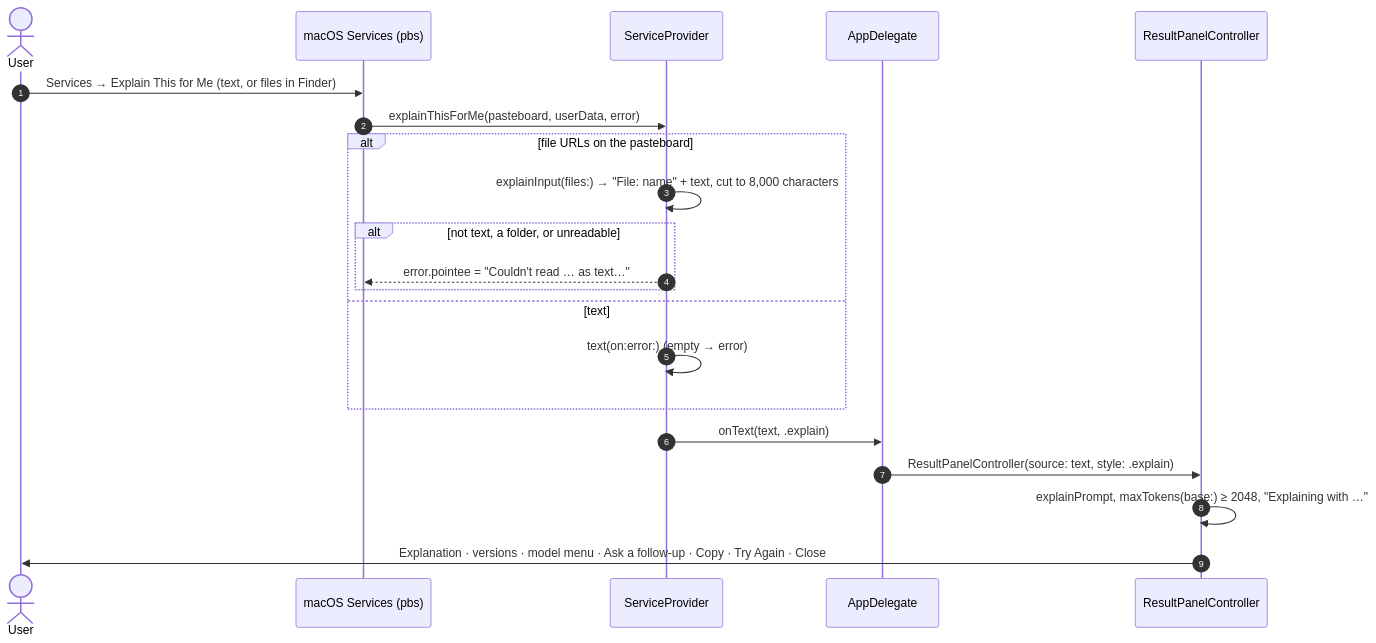
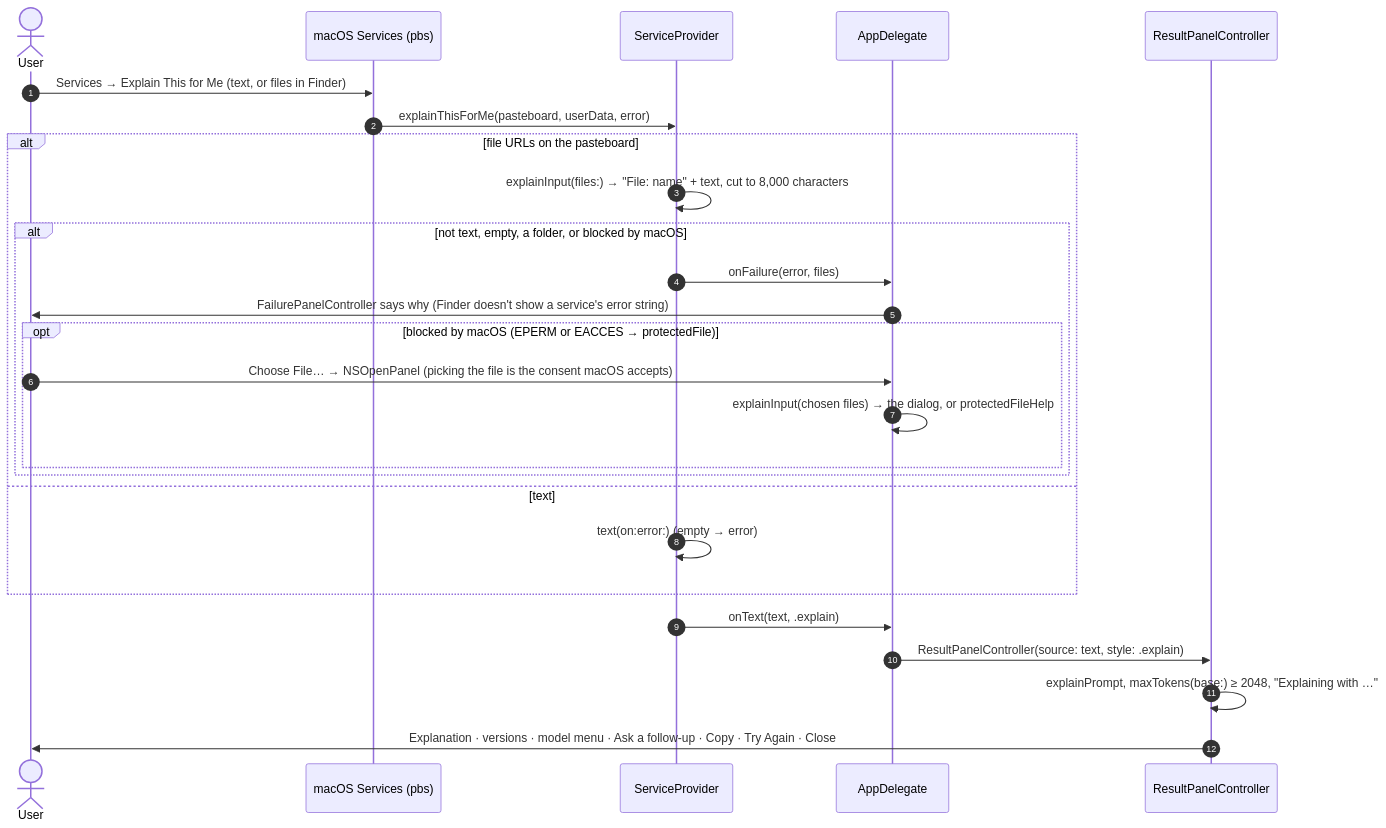
Before and after one commit to jdgiles26/prompt-menu: diagram 17 of 18 in docs/FLOW_MAPS.md, drawn with Mermaid. The commit also changed other lines of this file and 23 other files, not shown here.

````diff
--- a/docs/FLOW_MAPS.md
+++ b/docs/FLOW_MAPS.md
@@ -422,24 +424,29 @@
 ```mermaid
 sequenceDiagram
     autonumber
     actor U as User
     participant OS as macOS Services (pbs)
     participant SP as ServiceProvider
     participant AD as AppDelegate
     participant P as ResultPanelController
 
     U->>OS: Services → Explain This for Me (text, or files in Finder)
     OS->>SP: explainThisForMe(pasteboard, userData, error)
     alt file URLs on the pasteboard
         SP->>SP: explainInput(files:) → "File: name" + text, cut to 8,000 characters
-        alt not text, a folder, or unreadable
-            SP-->>OS: error.pointee = "Couldn't read … as text…"
+        alt not text, empty, a folder, or blocked by macOS
+            SP->>AD: onFailure(error, files)
+            AD->>U: FailurePanelController says why (Finder doesn't show a service's error string)
+            opt blocked by macOS (EPERM or EACCES → protectedFile)
+                U->>AD: Choose File… → NSOpenPanel (picking the file is the consent macOS accepts)
+                AD->>AD: explainInput(chosen files) → the dialog, or protectedFileHelp
+            end
         end
     else text
         SP->>SP: text(on:error:) (empty → error)
     end
     SP->>AD: onText(text, .explain)
     AD->>P: ResultPanelController(source: text, style: .explain)
     P->>P: explainPrompt, maxTokens(base:) ≥ 2048, "Explaining with …"
     P->>U: Explanation · versions · model menu · Ask a follow-up · Copy · Try Again · Close
 ```
````
